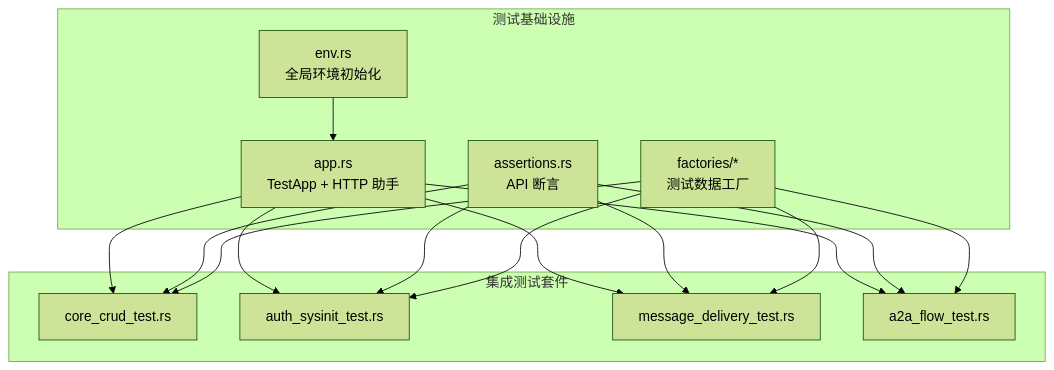
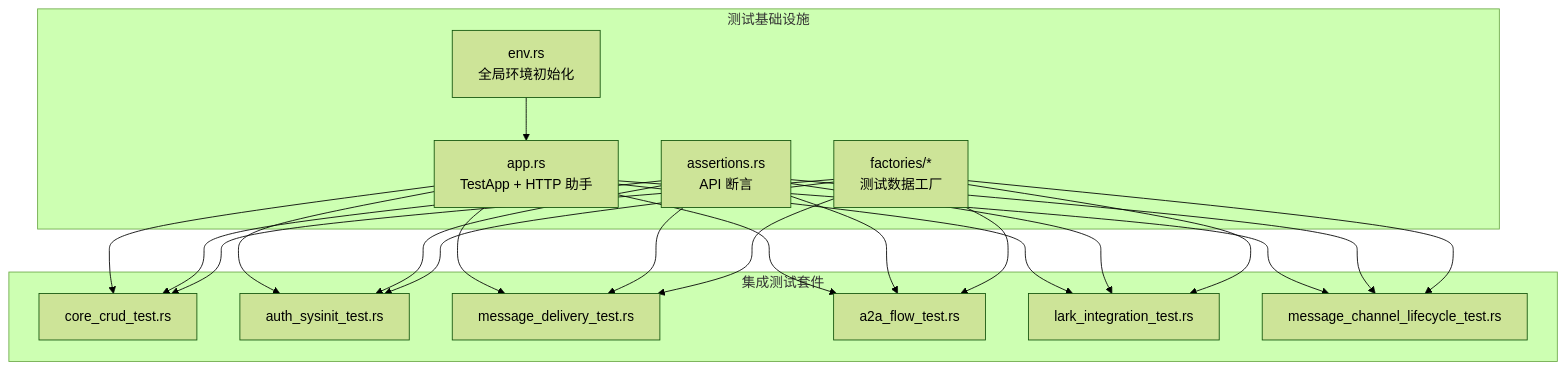
One commit to runningcoders/ai_orz changed the first of 4 diagrams in .qoder/repowiki/zh/content/测试指南/测试指南.md. Above: the diagram before and after it, drawn with Mermaid (forest theme). The commit also changed other lines of this file and 9 other files, not shown here.

````diff
--- a/.qoder/repowiki/zh/content/测试指南/测试指南.md
+++ b/.qoder/repowiki/zh/content/测试指南/测试指南.md
@@ -56,28 +62,36 @@
 ```mermaid
 graph TB
 subgraph "测试基础设施"
 ENV["env.rs<br/>全局环境初始化"]
 APP["app.rs<br/>TestApp + HTTP 助手"]
 ASSERT["assertions.rs<br/>API 断言"]
 FACT["factories/*<br/>测试数据工厂"]
 end
 subgraph "集成测试套件"
 CORE["core_crud_test.rs"]
 AUTH["auth_sysinit_test.rs"]
 MSG["message_delivery_test.rs"]
 A2A["a2a_flow_test.rs"]
+LARK["lark_integration_test.rs"]
+CHANNEL["message_channel_lifecycle_test.rs"]
 end
 ENV --> APP
 APP --> CORE
 APP --> AUTH
 APP --> MSG
 APP --> A2A
+APP --> LARK
+APP --> CHANNEL
 ASSERT --> CORE
 ASSERT --> AUTH
 ASSERT --> MSG
 ASSERT --> A2A
+ASSERT --> LARK
+ASSERT --> CHANNEL
 FACT --> CORE
 FACT --> AUTH
 FACT --> MSG
 FACT --> A2A
+FACT --> LARK
+FACT --> CHANNEL
 ```
````
